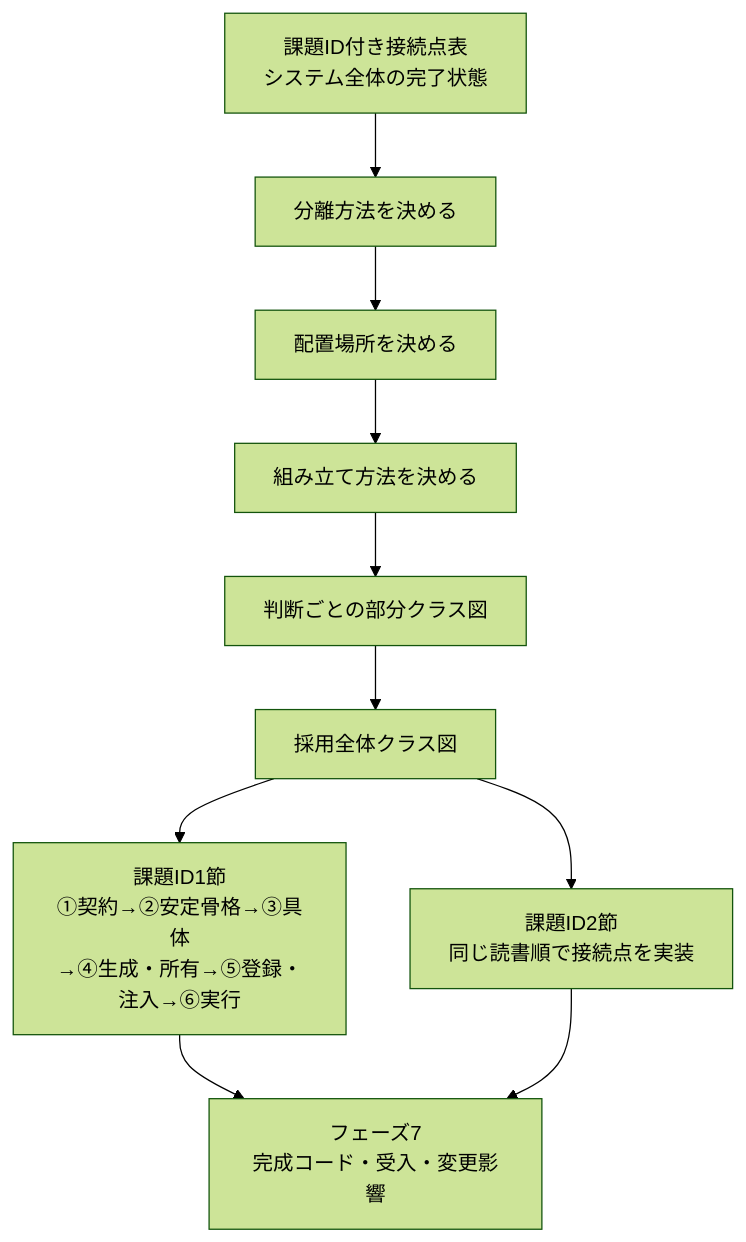
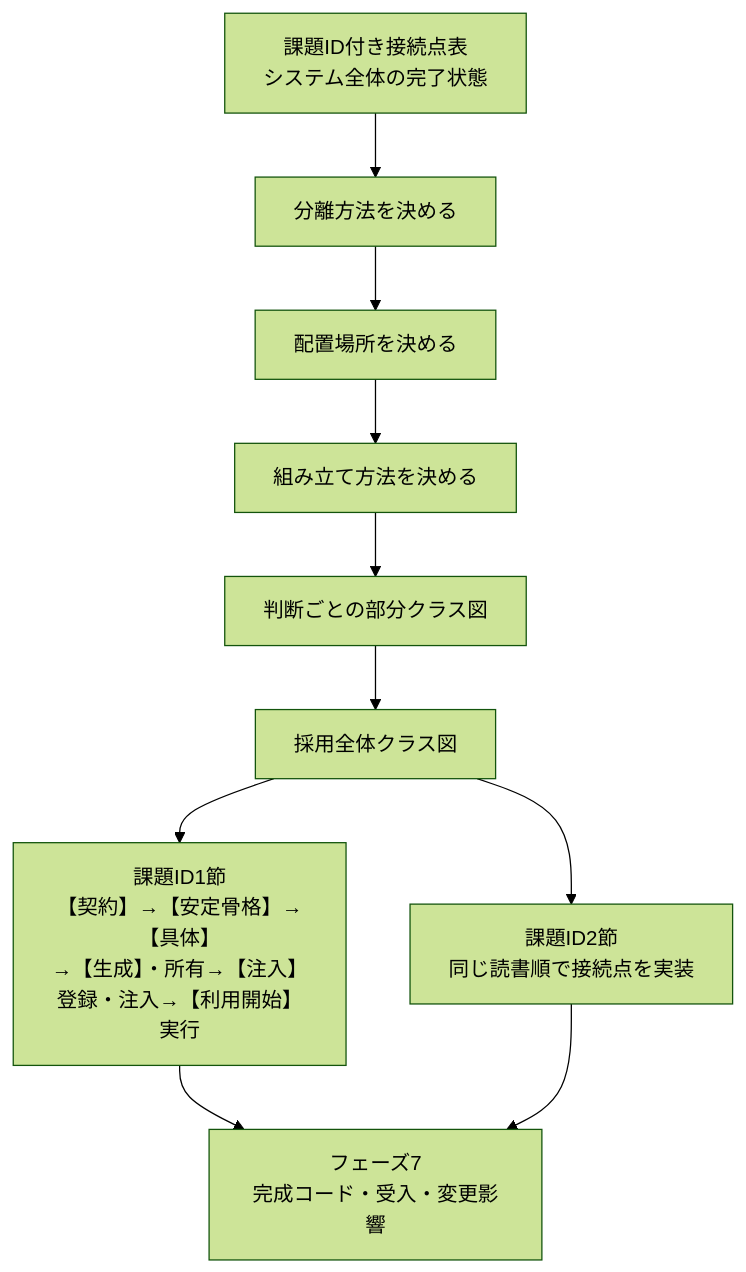
One commit to kumachan1101-pixel/DesignPattern changed the seventh of 8 diagrams in kindle/design-patterns/output/chapter00_2.md. Above: the diagram before and after it, drawn with Mermaid (forest theme). The commit also changed other lines of this file and 17 other files, not shown here.

````diff
--- a/kindle/design-patterns/output/chapter00_2.md
+++ b/kindle/design-patterns/output/chapter00_2.md
@@ -967,18 +967,18 @@
 ```mermaid
 flowchart TB
     A["課題ID付き接続点表<br/>システム全体の完了状態"]
     B["分離方法を決める"]
     C["配置場所を決める"]
     D["組み立て方法を決める"]
     E["判断ごとの部分クラス図"]
     F["採用全体クラス図"]
-    G1["課題ID1節<br/>①契約→②安定骨格→③具体<br/>→④生成・所有→⑤登録・注入→⑥実行"]
+    G1["課題ID1節<br/>【契約】→【安定骨格】→【具体】<br/>→【生成】・所有→【注入】登録・注入→【利用開始】実行"]
     G2["課題ID2節<br/>同じ読書順で接続点を実装"]
     H["フェーズ7<br/>完成コード・受入・変更影響"]
 
     A --> B --> C --> D --> E --> F
     F --> G1
     F --> G2
     G1 --> H
     G2 --> H
 ```
````
